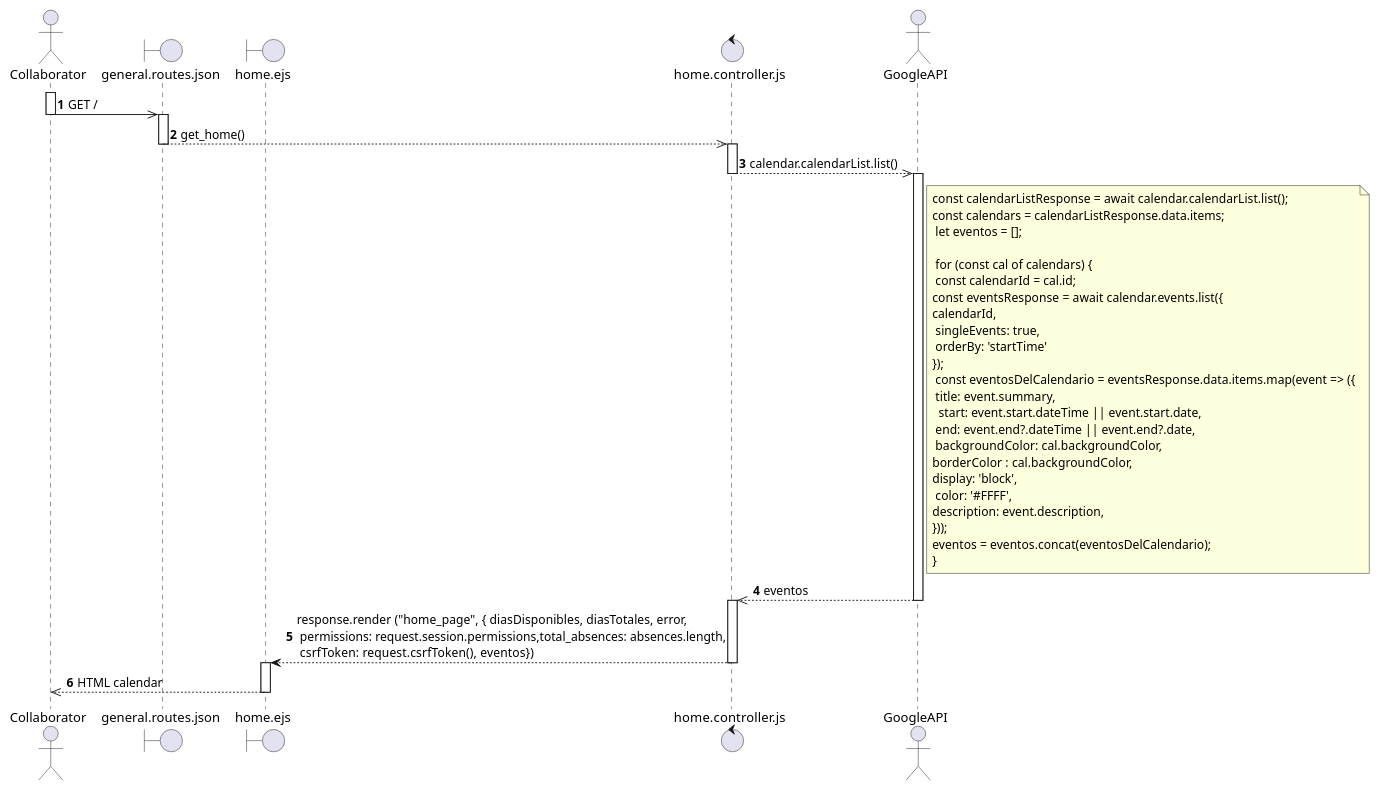
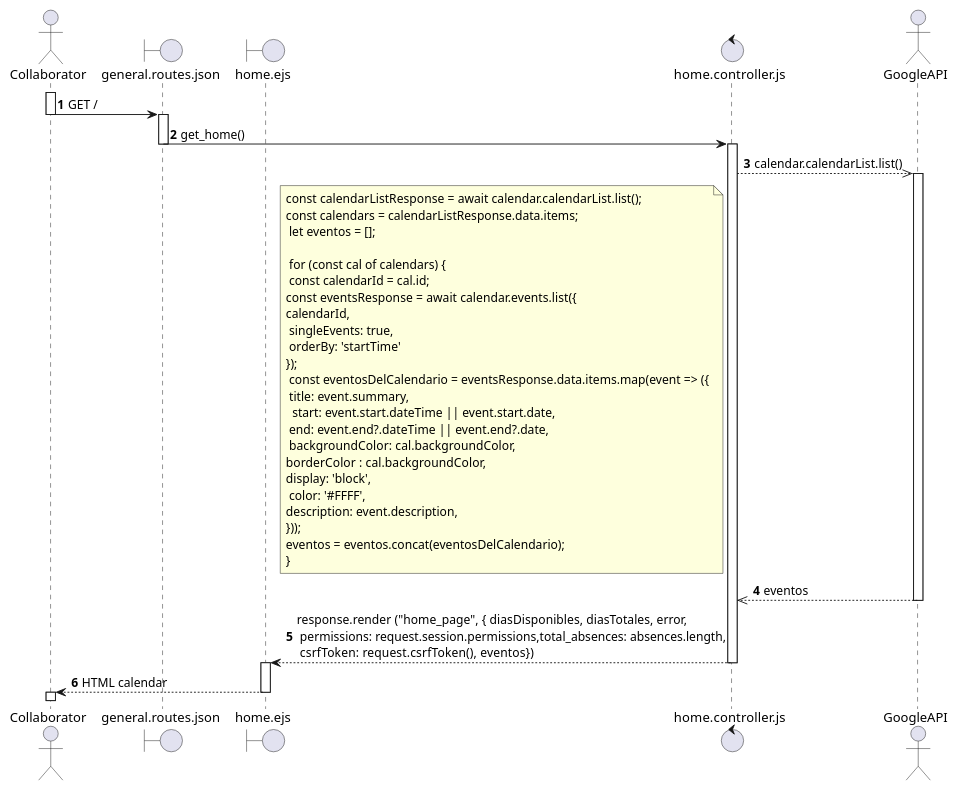
One commit to SALV19/Nebula_tc2005b changed the diagram in diagramas_secuencia/req_7.puml. Above: the diagram before and after it, drawn with PlantUML. The commit also changed 116 other files, not shown here.

```diff
--- a/diagramas_secuencia/req_7.puml
+++ b/diagramas_secuencia/req_7.puml
@@ -1,36 +1,38 @@
 @startuml REQ_7
 autonumber
 actor Collaborator as C 
 boundary general.routes.json as Route
 boundary home.ejs as home
 control home.controller.js as HController
 actor GoogleAPI as GoogleApi
 
 
 activate C
-C ->> Route : GET /
+C -> Route : GET /
 deactivate C 
 
 activate Route
-Route -->> HController : get_home()
+Route -> HController : get_home()
 deactivate Route
 
 activate HController
 HController -->> GoogleApi : calendar.calendarList.list()
-deactivate HController
 
-note right of GoogleApi :  const calendarListResponse = await calendar.calendarList.list(); \nconst calendars = calendarListResponse.data.items;\n let eventos = [];\n\n for (const cal of calendars) {\n const calendarId = cal.id;\nconst eventsResponse = await calendar.events.list({\ncalendarId,\n singleEvents: true,\n orderBy: 'startTime'\n});\n const eventosDelCalendario = eventsResponse.data.items.map(event => ({\n title: event.summary,\n  start: event.start.dateTime || event.start.date,\n end: event.end?.dateTime || event.end?.date,\n backgroundColor: cal.backgroundColor,\nborderColor : cal.backgroundColor,\ndisplay: 'block',\n color: '#FFFF',\ndescription: event.description,\n}));\neventos = eventos.concat(eventosDelCalendario);\n}
+
+note left of HController :  const calendarListResponse = await calendar.calendarList.list(); \nconst calendars = calendarListResponse.data.items;\n let eventos = [];\n\n for (const cal of calendars) {\n const calendarId = cal.id;\nconst eventsResponse = await calendar.events.list({\ncalendarId,\n singleEvents: true,\n orderBy: 'startTime'\n});\n const eventosDelCalendario = eventsResponse.data.items.map(event => ({\n title: event.summary,\n  start: event.start.dateTime || event.start.date,\n end: event.end?.dateTime || event.end?.date,\n backgroundColor: cal.backgroundColor,\nborderColor : cal.backgroundColor,\ndisplay: 'block',\n color: '#FFFF',\ndescription: event.description,\n}));\neventos = eventos.concat(eventosDelCalendario);\n}
 
 activate GoogleApi
 GoogleApi -->> HController : eventos
 deactivate GoogleApi
 
-activate HController
 HController --> home : response.render ("home_page", { diasDisponibles, diasTotales, error,\n permissions: request.session.permissions,total_absences: absences.length,\n csrfToken: request.csrfToken(),  eventos})
 deactivate HController
 
 activate home
-home -->> C : HTML calendar
+home --> C : HTML calendar
 deactivate home
 
+activate C 
+deactivate C 
+
 @enduml
```
